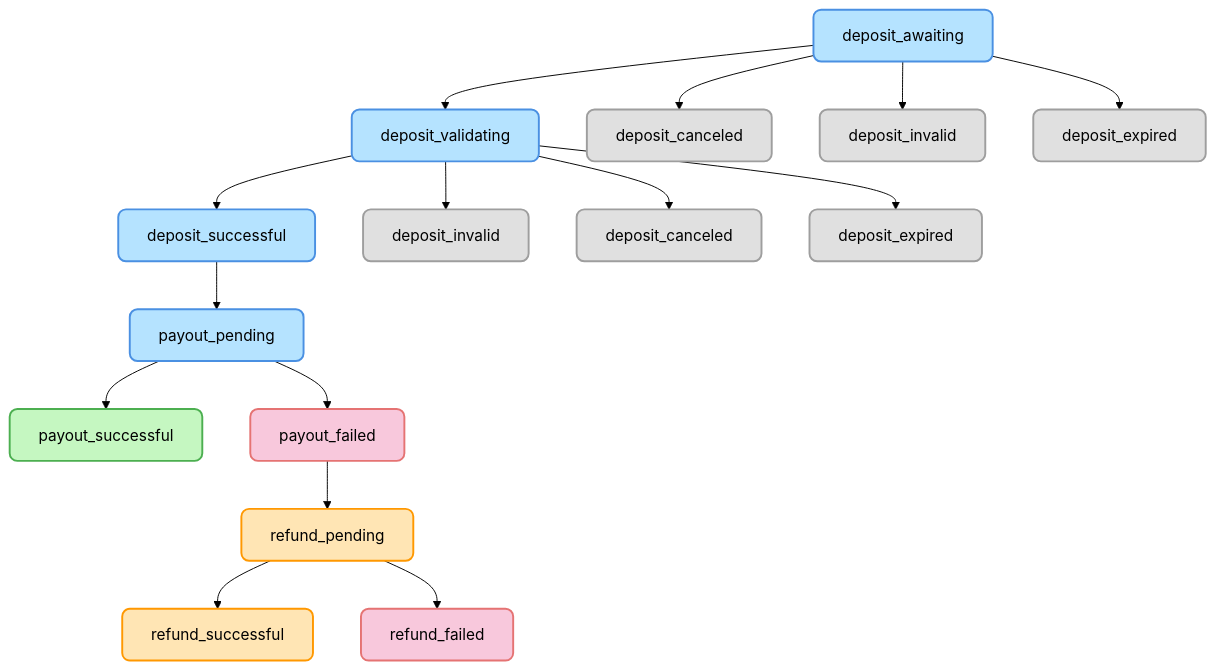
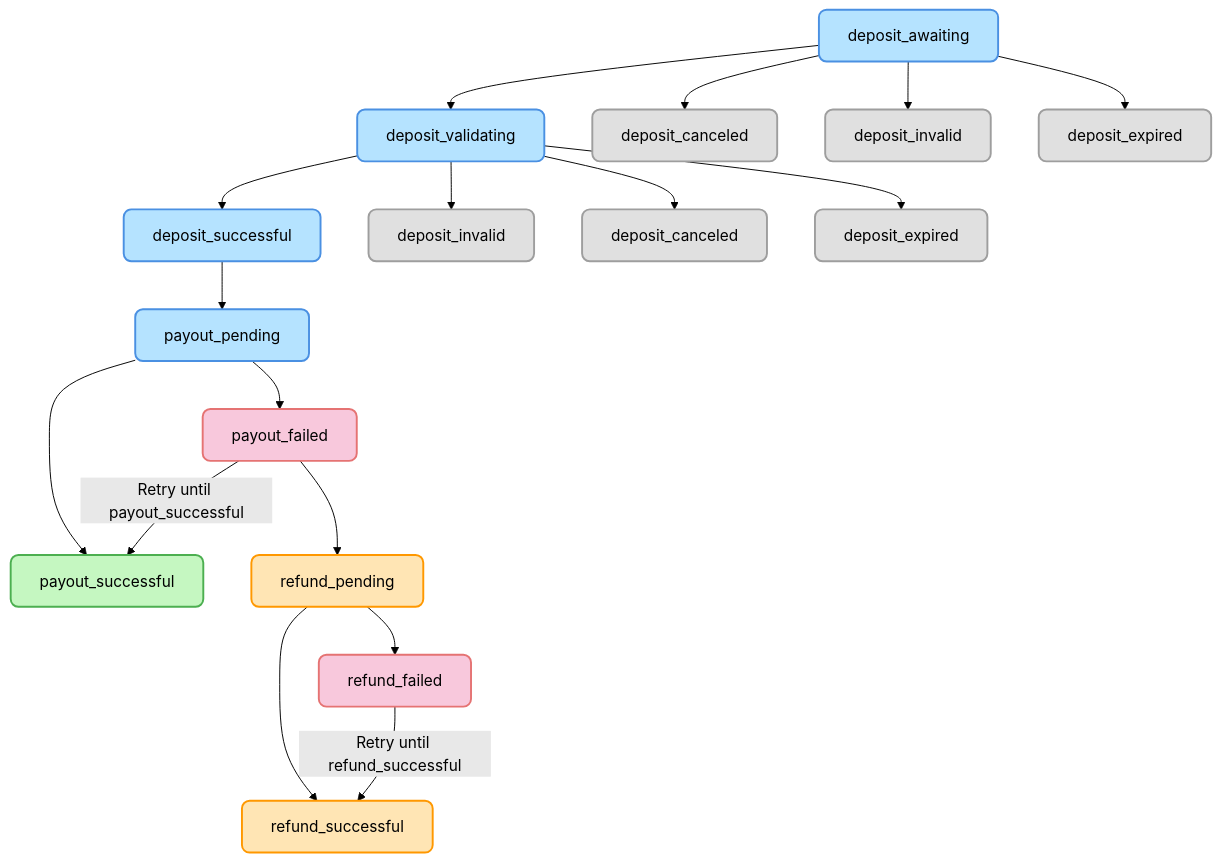
The diagram in api-v2.md (fonbnk/docs), drawn with Mermaid (forest theme) before and after one commit.

Commit message:
add retry arrows to order status diagram

````diff
--- a/api-v2.md
+++ b/api-v2.md
@@ -2399,29 +2399,32 @@
 ```mermaid
 flowchart TD
     %% Pastel Styles
     classDef expectedFlow fill:#B5E3FF,stroke:#4A90E2,stroke-width:2px,color:#000,rx:8px,ry:8px
     classDef payout fill:#C5F7C1,stroke:#4CAF50,stroke-width:2px,color:#000,rx:8px,ry:8px
     classDef refund fill:#FFE5B4,stroke:#FF9800,stroke-width:2px,color:#000,rx:8px,ry:8px
     classDef fail fill:#F8C8DC,stroke:#E57373,stroke-width:2px,color:#000,rx:8px,ry:8px
     classDef terminal fill:#E0E0E0,stroke:#9E9E9E,stroke-width:2px,color:#000,rx:8px,ry:8px
 
     %% Deposit states
     A[deposit_awaiting]:::expectedFlow --> B[deposit_validating]:::expectedFlow
     A --> E2[deposit_canceled]:::terminal
     A --> D2[deposit_invalid]:::terminal
     A --> F2[deposit_expired]:::terminal
     B --> C[deposit_successful]:::expectedFlow
     B --> D[deposit_invalid]:::terminal
     B --> E[deposit_canceled]:::terminal
     B --> F[deposit_expired]:::terminal
 
     %% Payout states
     C --> G[payout_pending]:::expectedFlow
     G --> H[payout_successful]:::payout
     G --> J[payout_failed]:::fail
+    J --> |Retry until payout_successful| H
+    
 
     %% Refund states
     J --> K[refund_pending]:::refund
     K --> L[refund_successful]:::refund
     K --> M[refund_failed]:::fail
+    M --> |Retry until refund_successful| L
 ```
````
